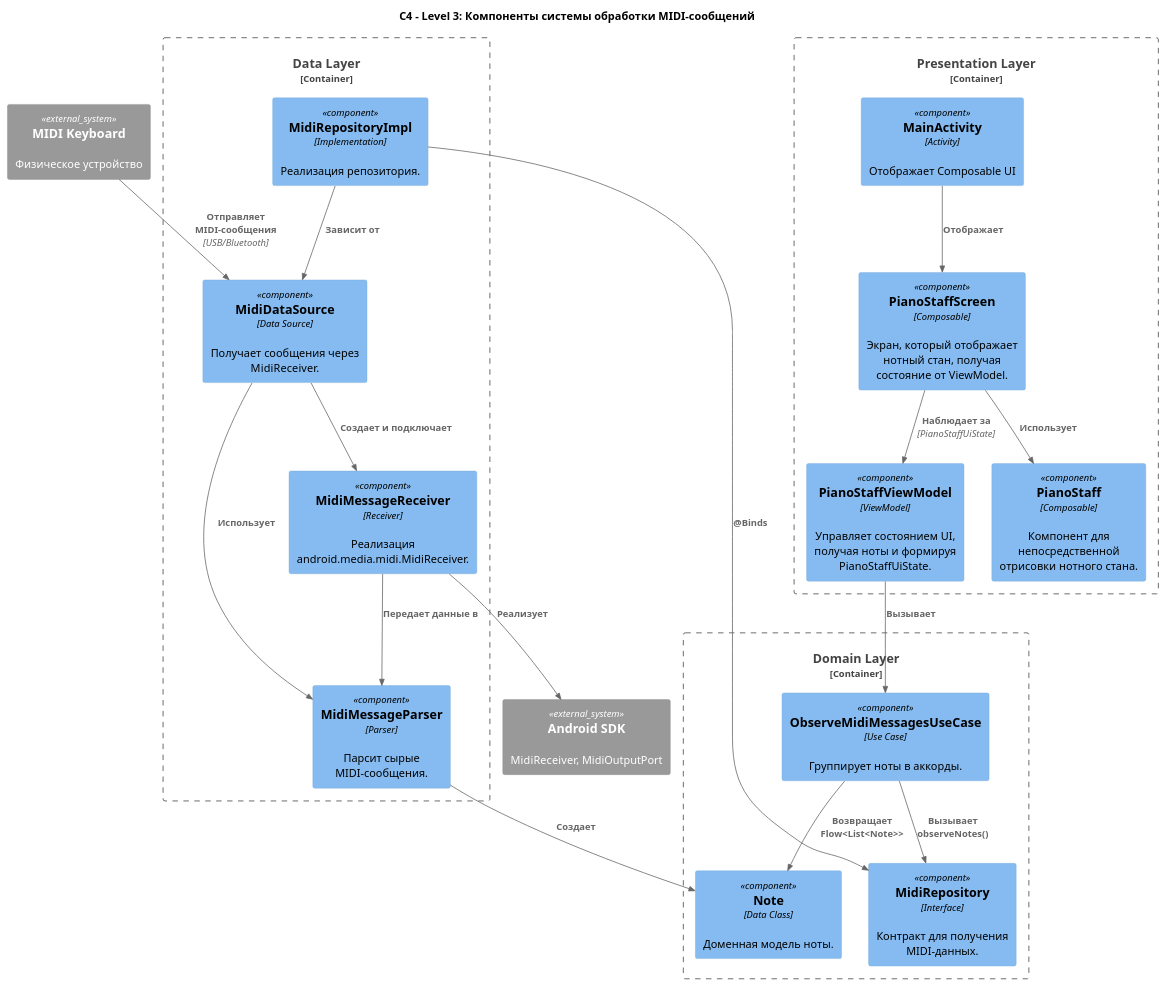
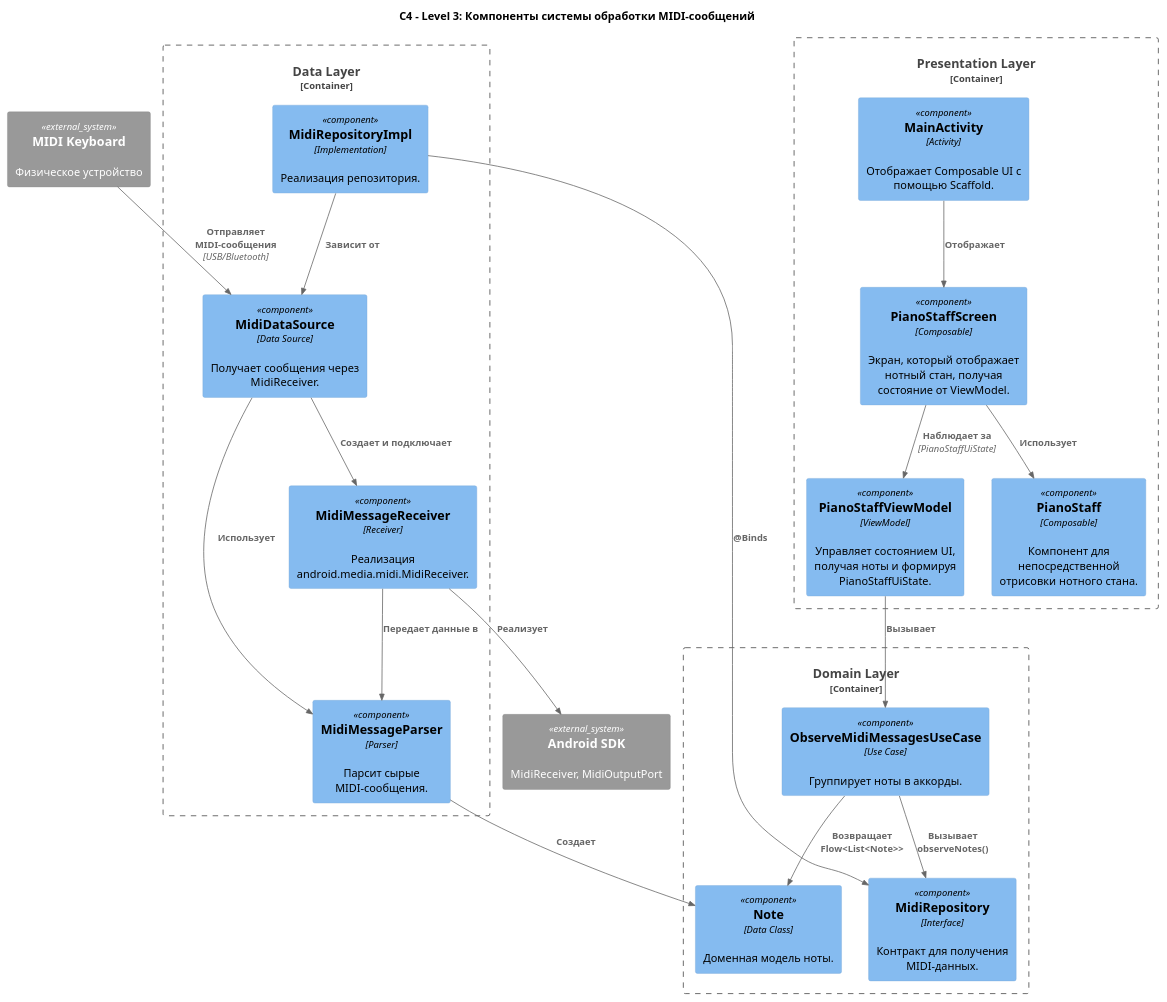
Before and after one commit to astrizhachuk/PianoFlow: the first of 6 diagrams in docs/ts/MIDI_MESSAGE_PROCESSING.md, drawn with PlantUML. The commit also changed other lines of this file and 2 other files, not shown here.

````diff
--- a/docs/ts/MIDI_MESSAGE_PROCESSING.md
+++ b/docs/ts/MIDI_MESSAGE_PROCESSING.md
@@ -37,51 +37,51 @@
 ```plantuml
 @startuml
 !include https://raw.githubusercontent.com/plantuml-stdlib/C4-PlantUML/master/C4_Component.puml
 
 title C4 - Level 3: Компоненты системы обработки MIDI-сообщений
 
 System_Ext(midi_device, "MIDI Keyboard", "Физическое устройство")
 System_Ext(android_sdk, "Android SDK", "MidiReceiver, MidiOutputPort")
 
 Container_Boundary(presentation, "Presentation Layer") {
-    Component(activity, "MainActivity", "Activity", "Отображает Composable UI")
+    Component(activity, "MainActivity", "Activity", "Отображает Composable UI с помощью Scaffold.")
     Component(vm, "PianoStaffViewModel", "ViewModel", "Управляет состоянием UI, получая ноты и формируя PianoStaffUiState.")
     Component(screen, "PianoStaffScreen", "Composable", "Экран, который отображает нотный стан, получая состояние от ViewModel.")
     Component(staff, "PianoStaff", "Composable", "Компонент для непосредственной отрисовки нотного стана.")
 }
 
 Container_Boundary(domain, "Domain Layer") {
     Component(observe_uc, "ObserveMidiMessagesUseCase", "Use Case", "Группирует ноты в аккорды.")
     Component(repo, "MidiRepository", "Interface", "Контракт для получения MIDI-данных.")
     Component(note, "Note", "Data Class", "Доменная модель ноты.")
 }
 
 Container_Boundary(data, "Data Layer") {
     Component(repo_impl, "MidiRepositoryImpl", "Implementation", "Реализация репозитория.")
     Component(ds, "MidiDataSource", "Data Source", "Получает сообщения через MidiReceiver.")
     Component(parser, "MidiMessageParser", "Parser", "Парсит сырые MIDI-сообщения.")
     Component(receiver, "MidiMessageReceiver", "Receiver", "Реализация android.media.midi.MidiReceiver.")
 }
 
 ' Связи
 Rel(activity, screen, "Отображает")
 Rel(screen, staff, "Использует")
 Rel(screen, vm, "Наблюдает за", "PianoStaffUiState")
 Rel(vm, observe_uc, "Вызывает")
 Rel(observe_uc, repo, "Вызывает observeNotes()")
 
 Rel(repo_impl, repo, "@Binds")
 Rel(repo_impl, ds, "Зависит от")
 
 Rel(ds, parser, "Использует")
 Rel(ds, receiver, "Создает и подключает")
 Rel(receiver, android_sdk, "Реализует")
 Rel(receiver, parser, "Передает данные в")
 
 Rel(midi_device, ds, "Отправляет MIDI-сообщения", "USB/Bluetooth")
 
 Rel(observe_uc, note, "Возвращает Flow<List<Note>>")
 Rel(parser, note, "Создает")
 
 @enduml
 ```
````
